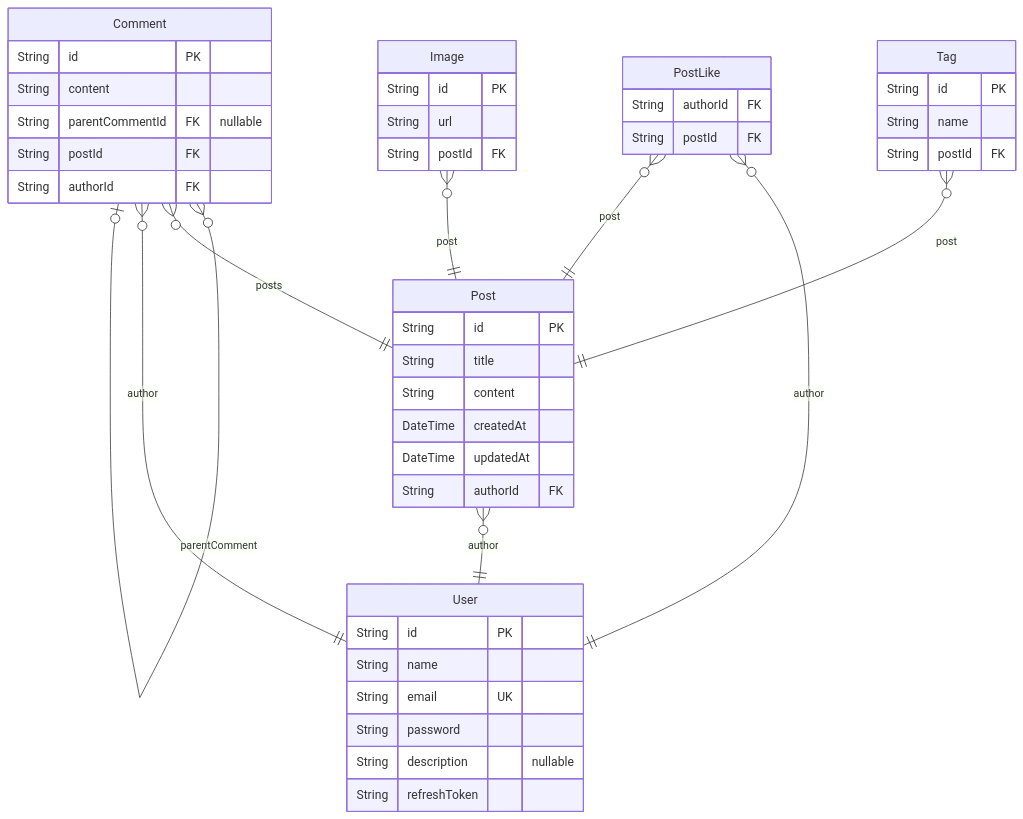
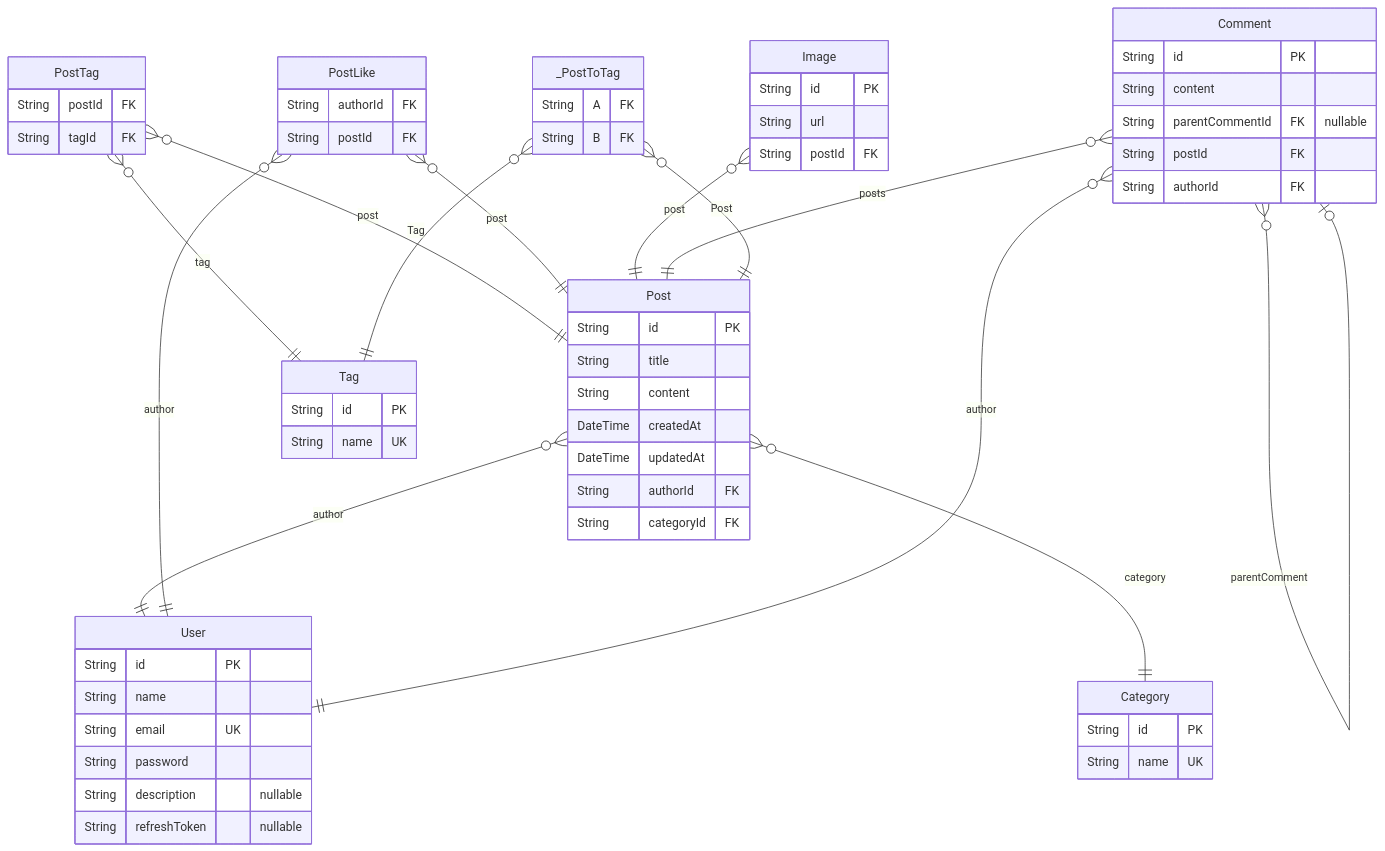
Before and after one commit to JongDeug/blog-backend: the diagram in 설계 명세서.md, drawn with Mermaid. The commit also changed other lines of this file and 32 other files, not shown here.

````diff
--- a/설계 명세서.md
+++ b/설계 명세서.md
@@ -25,48 +35,64 @@
 ```mermaid
 erDiagram
 "User" {
   String id PK
   String name
   String email UK
   String password
   String description "nullable"
-  String refreshToken
+  String refreshToken "nullable"
 }
 "Post" {
   String id PK
   String title
   String content
   DateTime createdAt
   DateTime updatedAt
   String authorId FK
+  String categoryId FK
+}
+"Tag" {
+  String id PK
+  String name UK
+}
+"PostTag" {
+  String postId FK
+  String tagId FK
+}
+"PostLike" {
+  String authorId FK
+  String postId FK
+}
+"Image" {
+  String id PK
+  String url
+  String postId FK
 }
 "Comment" {
   String id PK
   String content
   String parentCommentId FK "nullable"
   String postId FK
   String authorId FK
 }
-"PostLike" {
-  String authorId FK
-  String postId FK
+"Category" {
+  String id PK
+  String name UK
 }
-"Tag" {
-  String id PK
-  String name
-  String postId FK
-}
-"Image" {
-  String id PK
-  String url
-  String postId FK
+"_PostToTag" {
+  String A FK
+  String B FK
 }
 "Post" }o--|| "User" : author
+"Post" }o--|| "Category" : category
+"PostTag" }o--|| "Post" : post
+"PostTag" }o--|| "Tag" : tag
+"PostLike" }o--|| "User" : author
+"PostLike" }o--|| "Post" : post
+"Image" }o--|| "Post" : post
 "Comment" }o--o| "Comment" : parentComment
 "Comment" }o--|| "Post" : posts
 "Comment" }o--|| "User" : author
-"PostLike" }o--|| "User" : author
-"PostLike" }o--|| "Post" : post
-"Tag" }o--|| "Post" : post
-"Image" }o--|| "Post" : post
+"_PostToTag" }o--|| "Post" : Post
+"_PostToTag" }o--|| "Tag" : Tag
 ```
````
